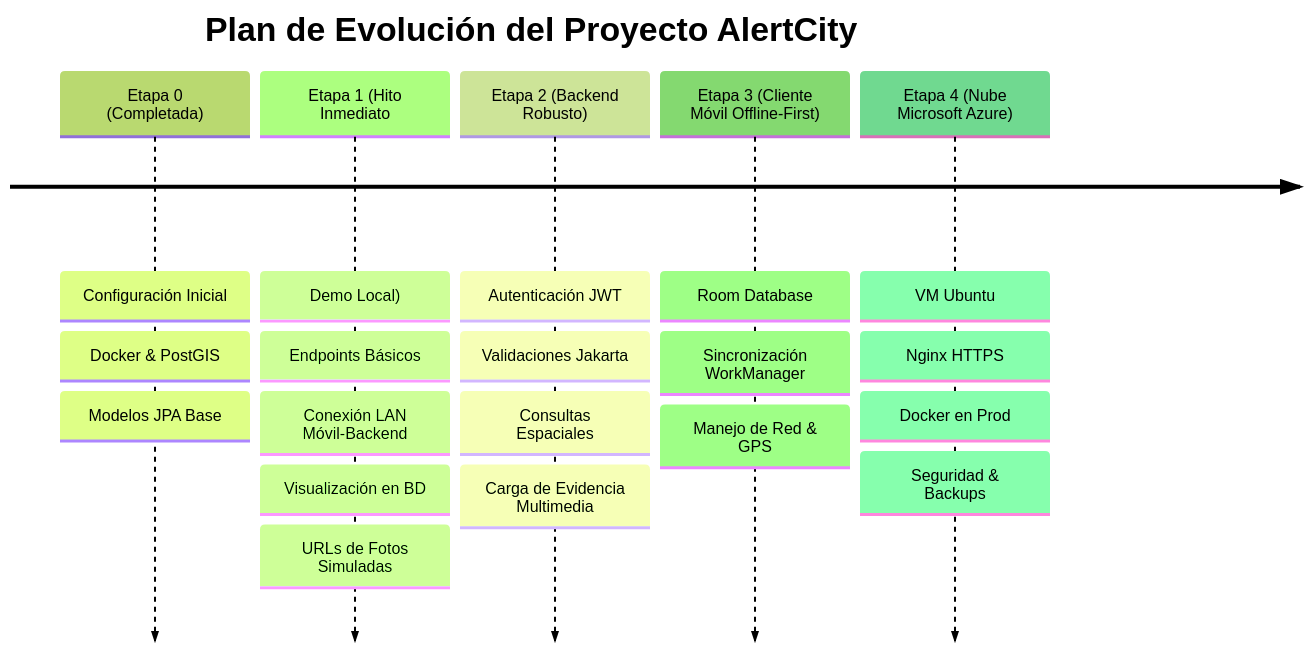
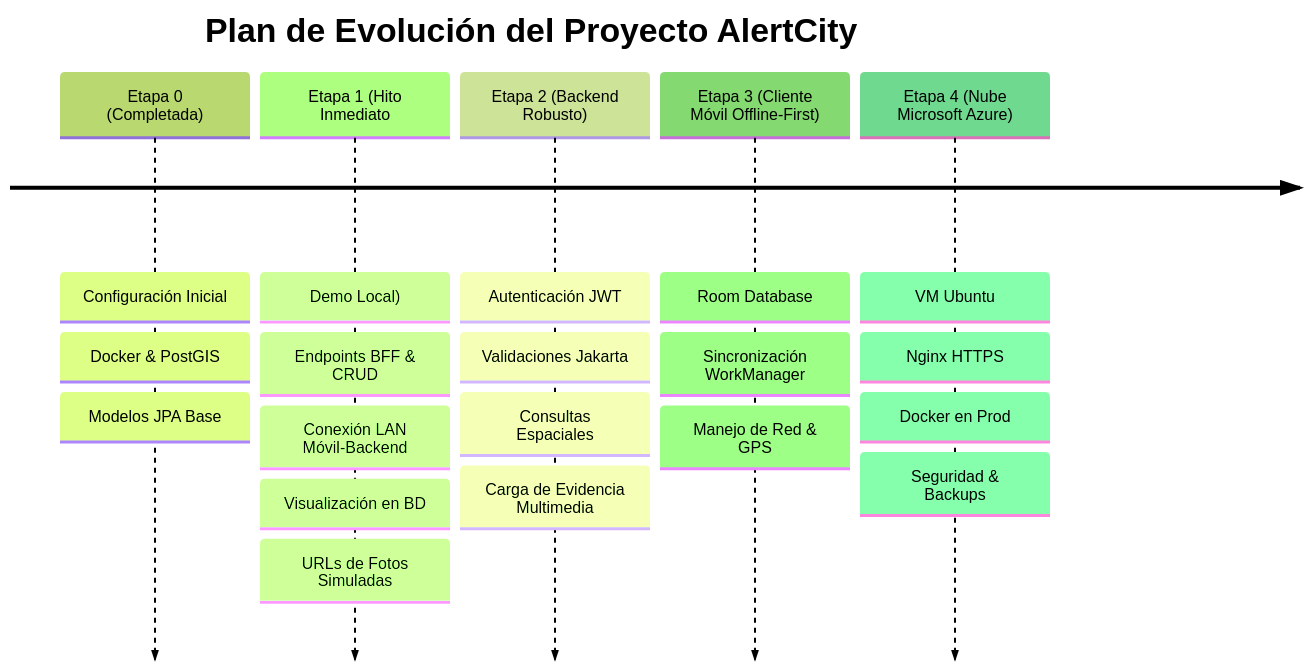
Before and after one commit to Andre-Garcia-dev/AlertCity-Backend: the diagram in Documentation/ROADMAP_AND_TRACKING.md, drawn with Mermaid (forest theme). The commit also changed other lines of this file and 11 other files, not shown here.

````diff
--- a/Documentation/ROADMAP_AND_TRACKING.md
+++ b/Documentation/ROADMAP_AND_TRACKING.md
@@ -16,9 +16,9 @@
 ```mermaid
 timeline
     title Plan de Evolución del Proyecto AlertCity
     Etapa 0 (Completada) : Configuración Inicial : Docker & PostGIS : Modelos JPA Base
-    Etapa 1 (Hito Inmediato: Demo Local) : Endpoints Básicos : Conexión LAN Móvil-Backend : Visualización en BD : URLs de Fotos Simuladas
+    Etapa 1 (Hito Inmediato: Demo Local) : Endpoints BFF & CRUD : Conexión LAN Móvil-Backend : Visualización en BD : URLs de Fotos Simuladas
     Etapa 2 (Backend Robusto) : Autenticación JWT : Validaciones Jakarta : Consultas Espaciales : Carga de Evidencia Multimedia
     Etapa 3 (Cliente Móvil Offline-First) : Room Database : Sincronización WorkManager : Manejo de Red & GPS
     Etapa 4 (Nube Microsoft Azure) : VM Ubuntu : Nginx HTTPS : Docker en Prod : Seguridad & Backups
 ```
````
